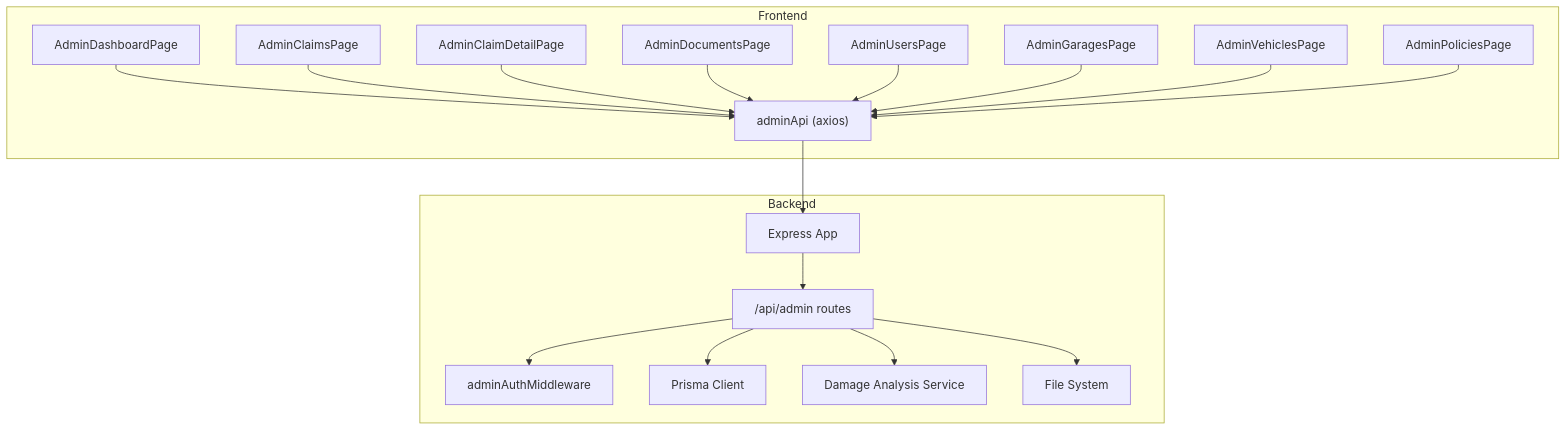
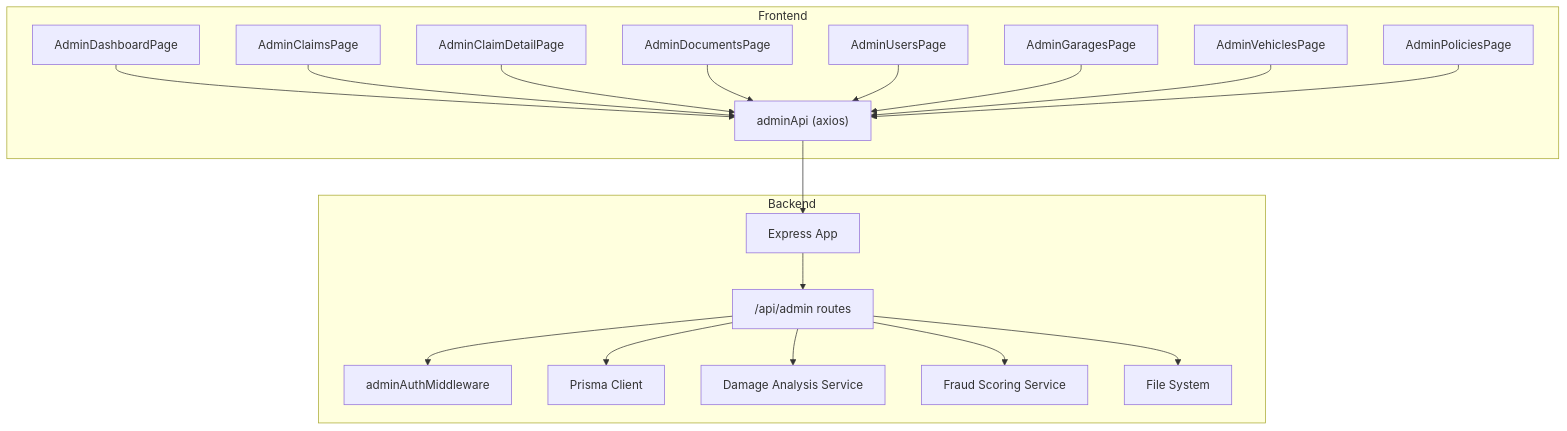
The first of 12 diagrams in .qoder/repowiki/en/content/Backend Documentation/API Endpoints Reference/Administrative Endpoints.md (NaveenHiranya/Smart-Vehicle-Insurance-Claim-System), drawn with Mermaid before and after one commit. The commit also changed other lines of this file and 17 other files, not shown here.

````diff
--- a/.qoder/repowiki/en/content/Backend Documentation/API Endpoints Reference/Administrative Endpoints.md
+++ b/.qoder/repowiki/en/content/Backend Documentation/API Endpoints Reference/Administrative Endpoints.md
@@ -48,36 +49,38 @@
 ```mermaid
 graph TB
 subgraph "Frontend"
 ADP["AdminDashboardPage"]
 ACP["AdminClaimsPage"]
 ACDP["AdminClaimDetailPage"]
 ADocP["AdminDocumentsPage"]
 AUsrP["AdminUsersPage"]
 AGarP["AdminGaragesPage"]
 AVehP["AdminVehiclesPage"]
 APolP["AdminPoliciesPage"]
 AdminAPI["adminApi (axios)"]
 end
 subgraph "Backend"
 App["Express App"]
 AdminRoutes["/api/admin routes"]
 AdminAuth["adminAuthMiddleware"]
 Prisma["Prisma Client"]
 DamageSvc["Damage Analysis Service"]
+FraudSvc["Fraud Scoring Service"]
 FileSys["File System"]
 end
 ADP --> AdminAPI
 ACP --> AdminAPI
 ACDP --> AdminAPI
 ADocP --> AdminAPI
 AUsrP --> AdminAPI
 AGarP --> AdminAPI
 AVehP --> AdminAPI
 APolP --> AdminAPI
 AdminAPI --> App
 App --> AdminRoutes
 AdminRoutes --> AdminAuth
 AdminRoutes --> Prisma
 AdminRoutes --> DamageSvc
+AdminRoutes --> FraudSvc
 AdminRoutes --> FileSys
 ```
````
